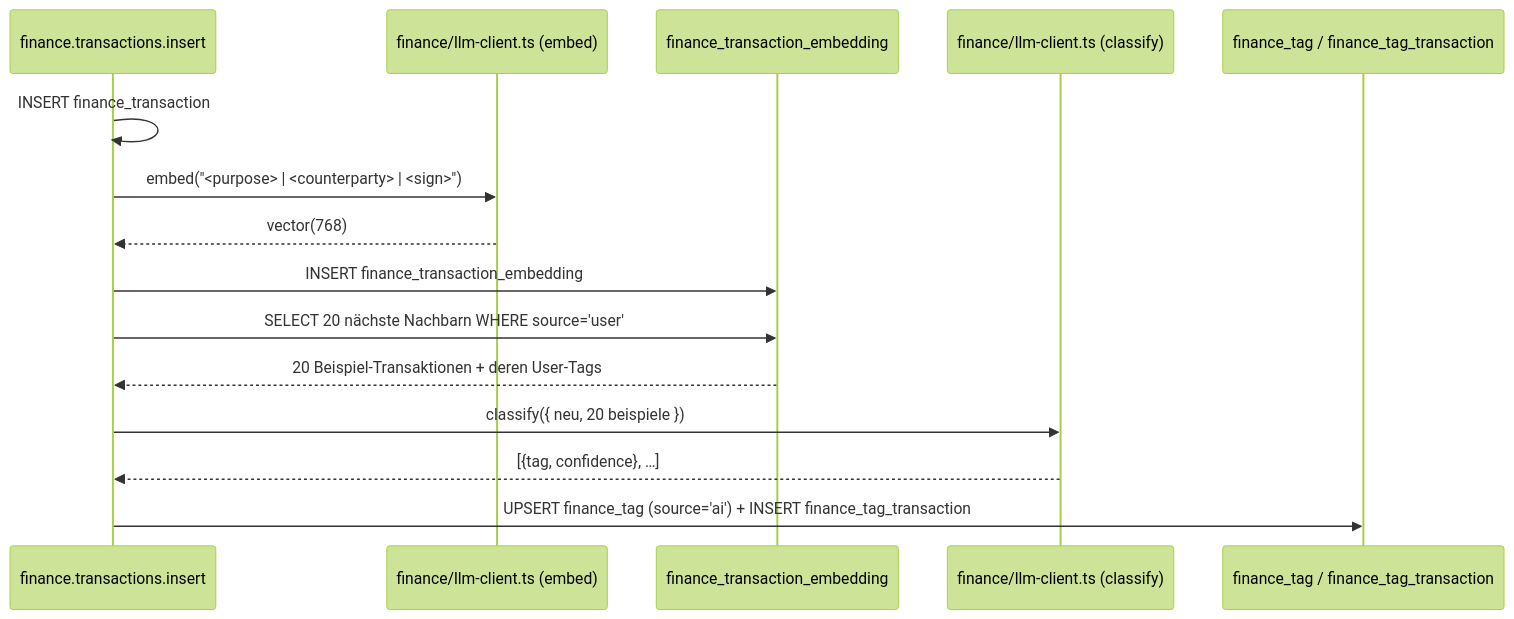
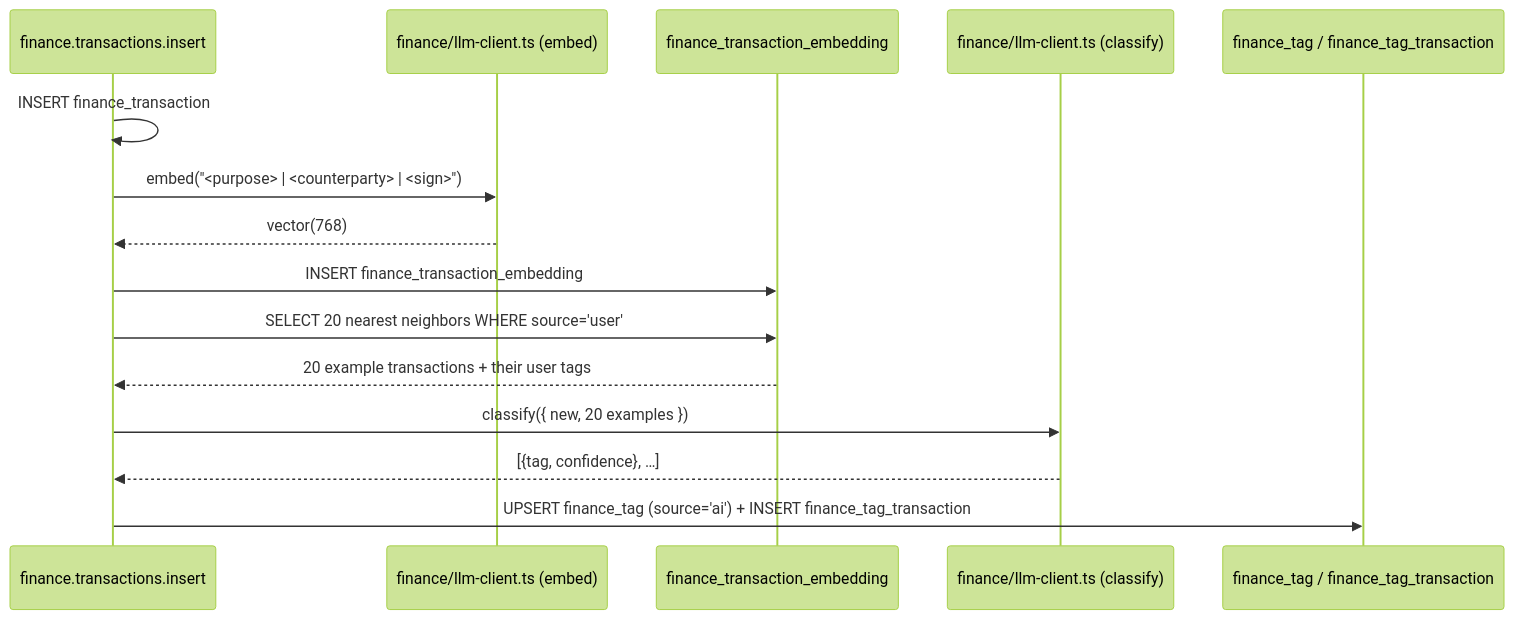
Before and after one commit to as19git67/fk-encore: the diagram in documentation/finance-tagging-and-ai.md, drawn with Mermaid (forest theme). The commit also changed other lines of this file and 35 other files, not shown here.

````diff
--- a/documentation/finance-tagging-and-ai.md
+++ b/documentation/finance-tagging-and-ai.md
@@ -107,18 +106,18 @@
 ```mermaid
 sequenceDiagram
   participant TX as finance.transactions.insert
   participant EMB as finance/llm-client.ts (embed)
   participant NN as finance_transaction_embedding
   participant CLS as finance/llm-client.ts (classify)
   participant DB as finance_tag / finance_tag_transaction
 
   TX->>TX: INSERT finance_transaction
   TX->>EMB: embed("<purpose> | <counterparty> | <sign>")
   EMB-->>TX: vector(768)
   TX->>NN: INSERT finance_transaction_embedding
-  TX->>NN: SELECT 20 nächste Nachbarn WHERE source='user'
-  NN-->>TX: 20 Beispiel-Transaktionen + deren User-Tags
-  TX->>CLS: classify({ neu, 20 beispiele })
+  TX->>NN: SELECT 20 nearest neighbors WHERE source='user'
+  NN-->>TX: 20 example transactions + their user tags
+  TX->>CLS: classify({ new, 20 examples })
   CLS-->>TX: [{tag, confidence}, …]
   TX->>DB: UPSERT finance_tag (source='ai') + INSERT finance_tag_transaction
 ```
````
